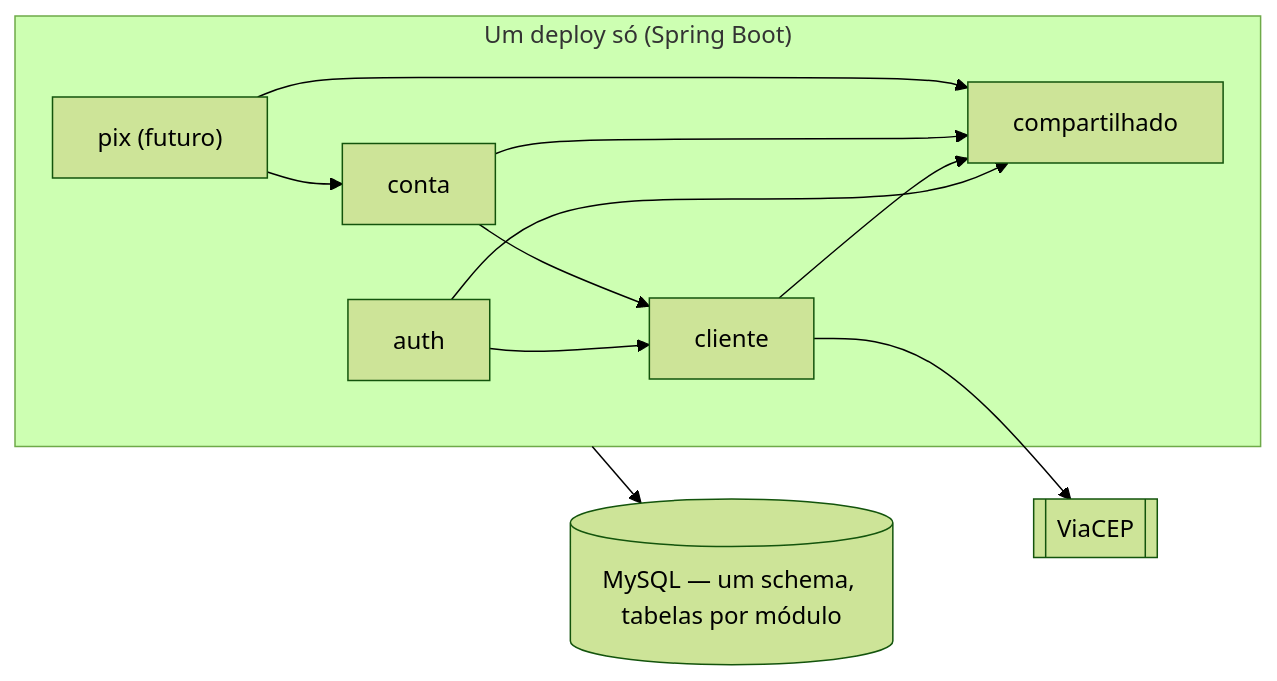
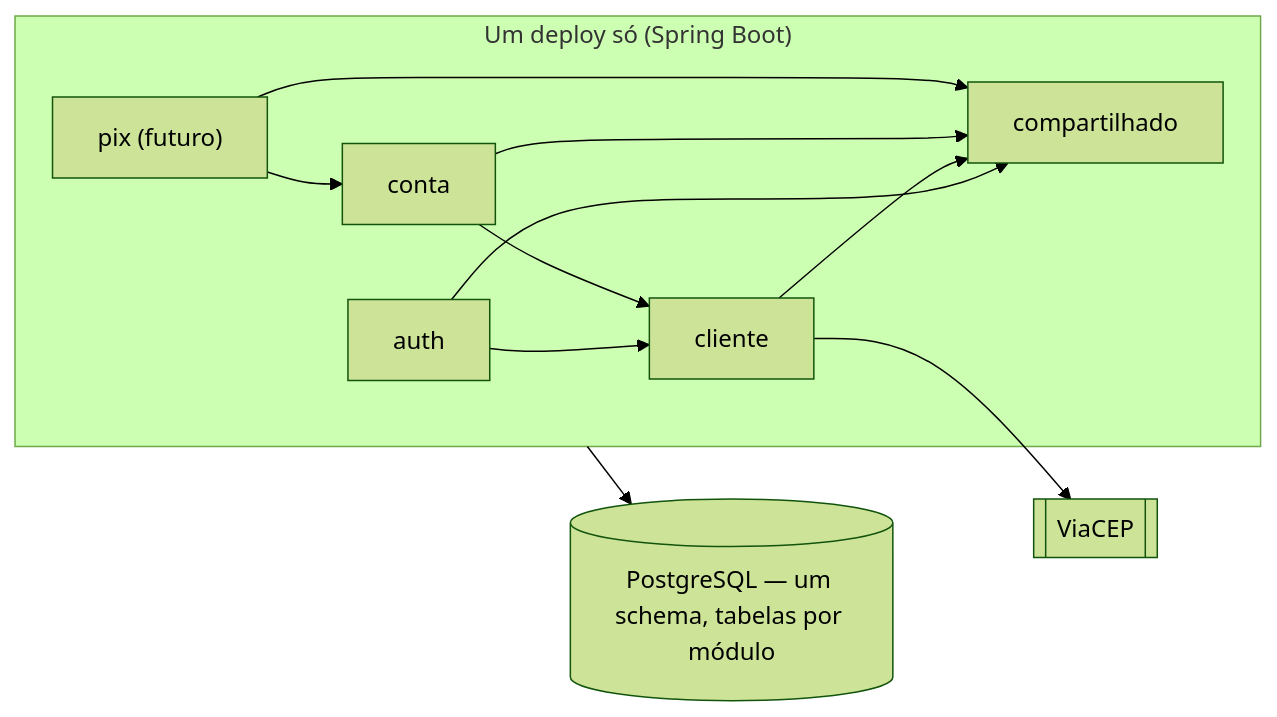
One commit to k3vinrich4rd/rkf_bank changed the third of 3 diagrams in backend/README_IMPLEMENTACAO.md. Above: the diagram before and after it, drawn with Mermaid (forest theme). The commit also changed other lines of this file and 21 other files, not shown here.

First line of the commit message:
docs(banco): decisao, guia de corte e prompt do Renan para o PostgreSQL

````diff
--- a/backend/README_IMPLEMENTACAO.md
+++ b/backend/README_IMPLEMENTACAO.md
@@ -355,11 +355,11 @@
 ```mermaid
 flowchart LR
     subgraph API["Um deploy só (Spring Boot)"]
         AUTH[auth] --> CLI[cliente]
         CONTA[conta] --> CLI
         PIX["pix (futuro)"] --> CONTA
         AUTH & CLI & CONTA & PIX --> COMP[compartilhado]
     end
-    API --> DB[(MySQL — um schema, tabelas por módulo)]
+    API --> DB[(PostgreSQL — um schema, tabelas por módulo)]
     CLI --> VIA[[ViaCEP]]
 ```
````
